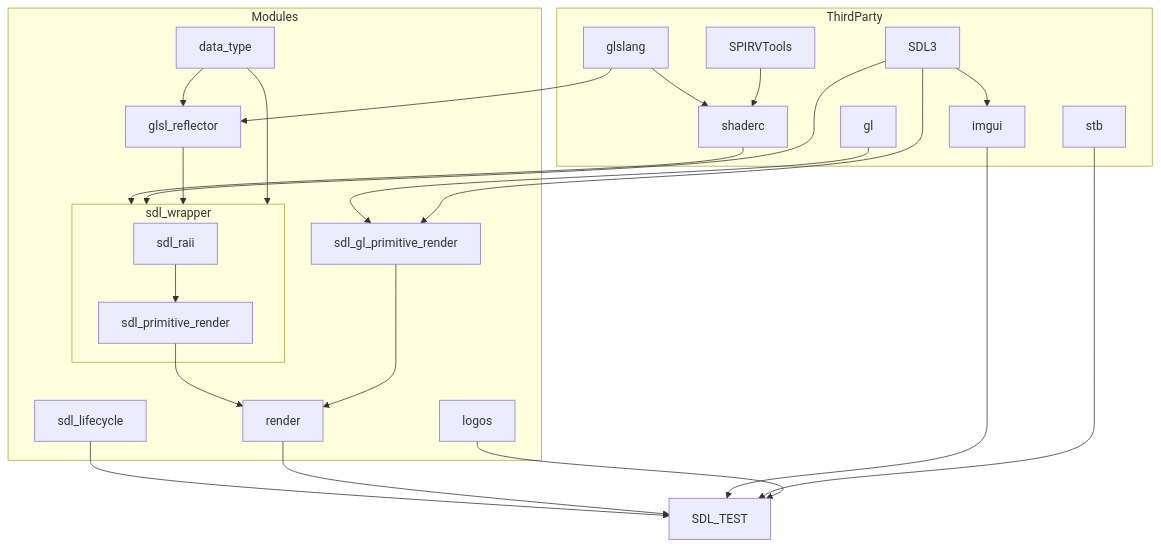
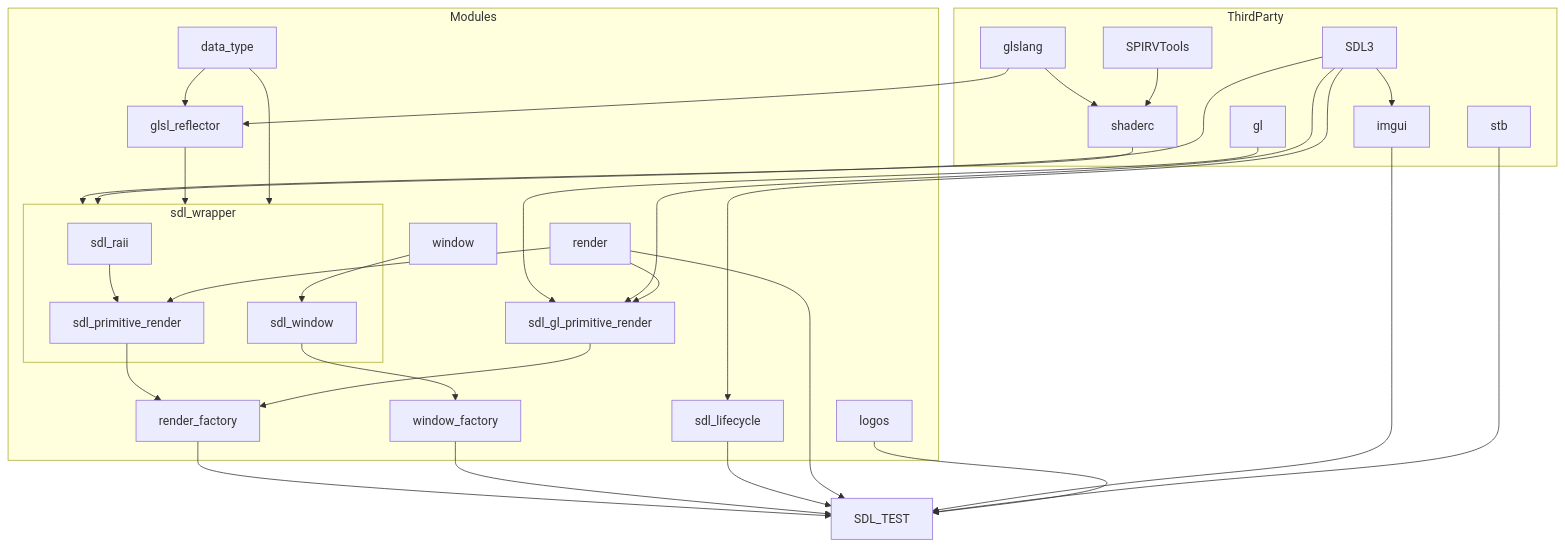
Before and after one commit to WSQS/sdl_test: the diagram in README.md, drawn with Mermaid.

Commit message:
doc: change module graph

````diff
--- a/README.md
+++ b/README.md
@@ -7,56 +7,68 @@
 ```mermaid
 graph TD
 
     subgraph ThirdParty
         glslang
         shaderc
         SPIRVTools
         SDL3
         stb
         imgui
         gl
     end
 
     subgraph Modules
         data_type
         glsl_reflector
         sdl_wrapper
         logos
         render
+        render_factory
         sdl_gl_primitive_render
         sdl_lifecycle
+        window
+        window_factory
     end
     
     subgraph sdl_wrapper
         sdl_raii
         sdl_primitive_render
+        sdl_window
     end
 
     glslang --> shaderc
     SPIRVTools --> shaderc
 
     SDL3 --> imgui
 
     glslang --> glsl_reflector
     data_type --> glsl_reflector
 
     shaderc --> sdl_wrapper
     SDL3 --> sdl_wrapper
     glsl_reflector --> sdl_wrapper
     data_type --> sdl_wrapper
     
     sdl_raii --> sdl_primitive_render
     
     gl --> sdl_gl_primitive_render
     SDL3 --> sdl_gl_primitive_render
+
+    render --> sdl_primitive_render
+    render --> sdl_gl_primitive_render
+    sdl_primitive_render --> render_factory
+    sdl_gl_primitive_render --> render_factory
+    render_factory --> SDL_TEST
     
-    sdl_primitive_render --> render
-    sdl_gl_primitive_render --> render
+    window --> sdl_window
+    sdl_window --> window_factory
+    window_factory --> SDL_TEST
     
-
+    SDL3 --> sdl_lifecycle
+    
     sdl_lifecycle --> SDL_TEST
     render --> SDL_TEST
     imgui --> SDL_TEST
     stb --> SDL_TEST
     logos --> SDL_TEST
 ```
````
